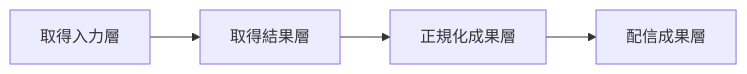
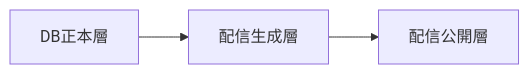
Before and after one commit to tsuji-tomonori/diopside-v3: the diagram in docs/2.基本設計(BD)/31.データアーキテクチャ/BD-DATA-001.md, drawn with Mermaid. The commit also changed other lines of this file and 11 other files, not shown here.

````diff
--- a/docs/2.基本設計(BD)/31.データアーキテクチャ/BD-DATA-001.md
+++ b/docs/2.基本設計(BD)/31.データアーキテクチャ/BD-DATA-001.md
@@ -58,6 +61,5 @@
 ```mermaid
 flowchart LR
-  A[取得入力層] --> B[取得結果層]
-  B --> C[正規化成果層]
-  C --> D[配信成果層]
+  A[DB正本層] --> B[配信生成層]
+  B --> C[配信公開層]
 ```
````
